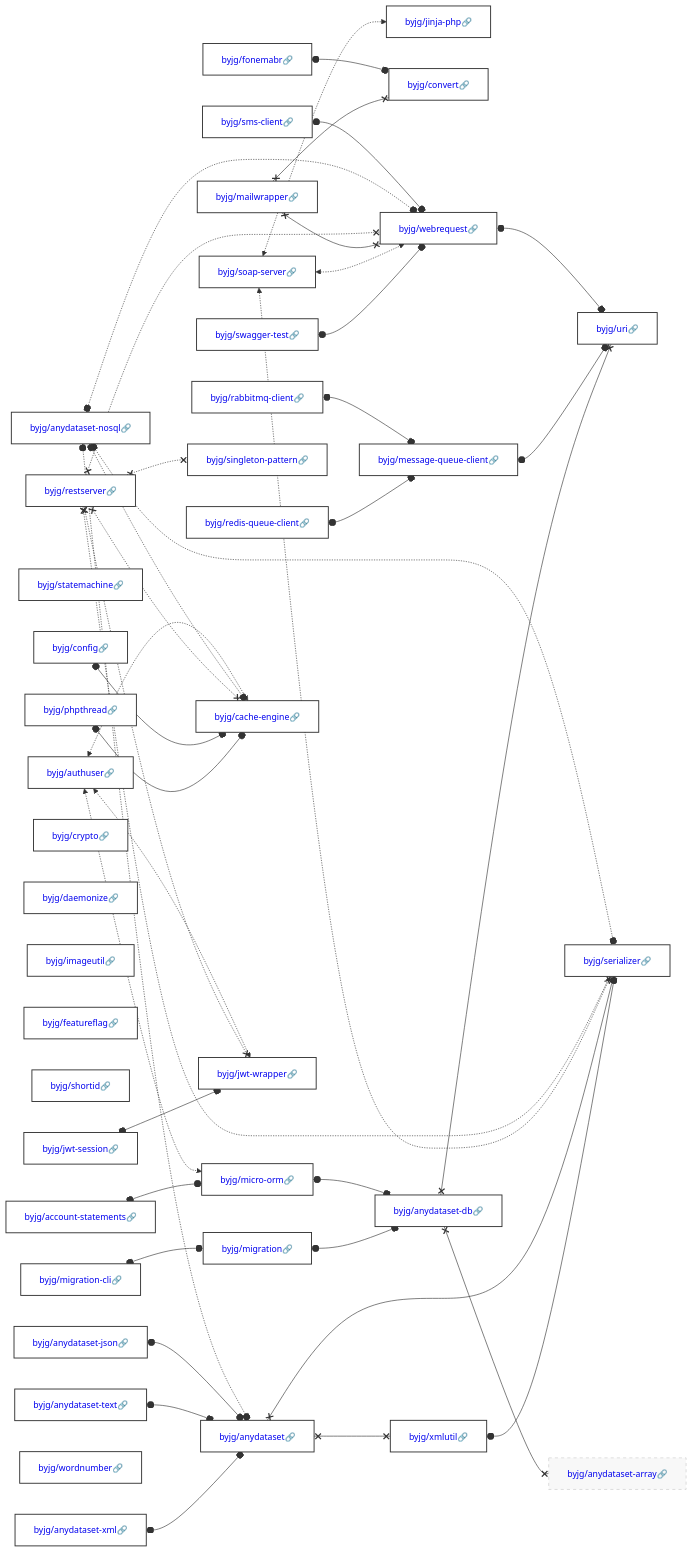
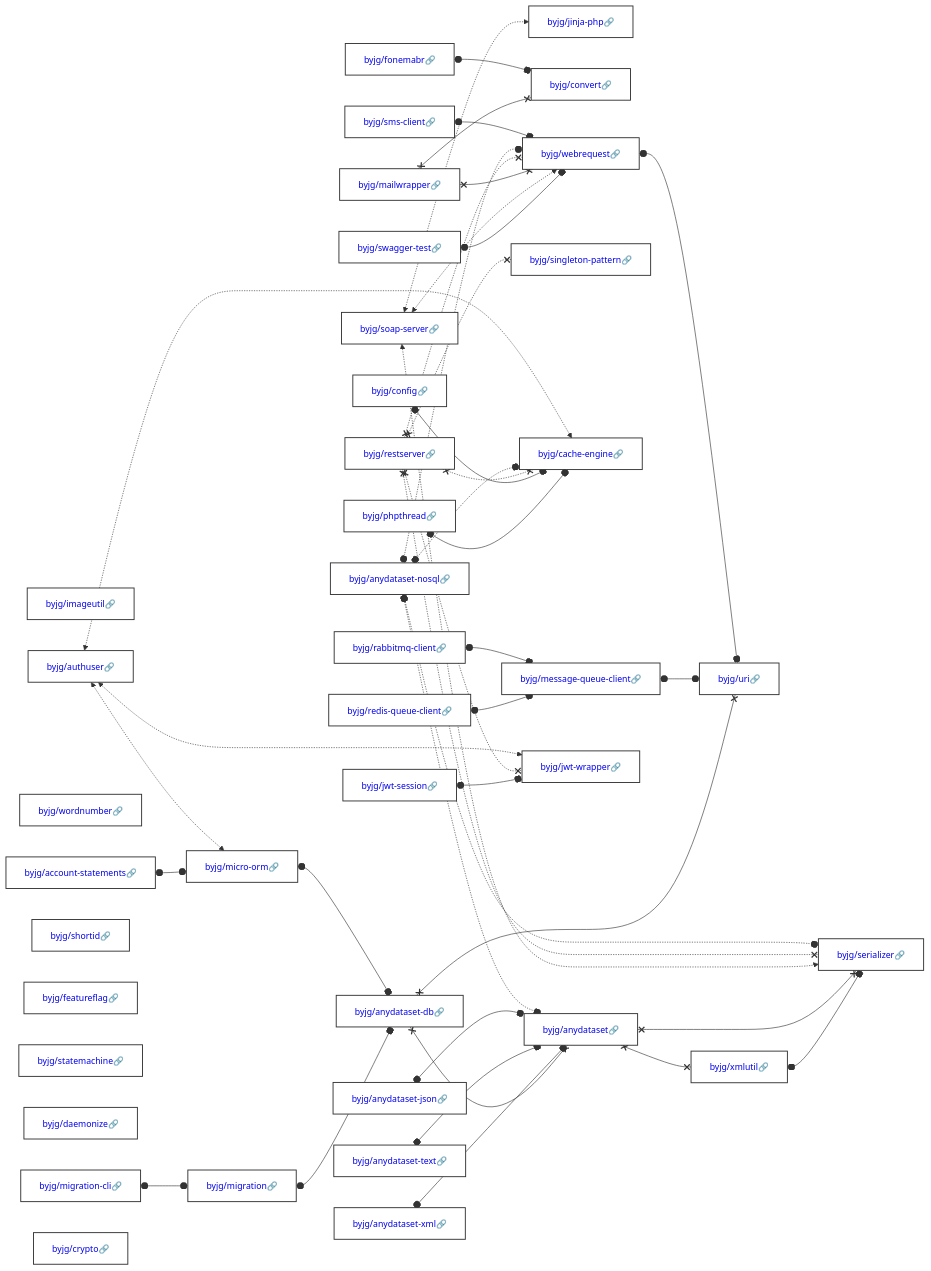
One commit to byjg/byjg.github.io changed the diagram in docs/php/README.md. Above: the diagram before and after it, drawn with Mermaid. The commit also changed 23 other files, not shown here.

Commit message:
Update documentation 'php' 'php-anydataset-db'

````diff
--- a/docs/php/README.md
+++ b/docs/php/README.md
@@ -3,51 +3,50 @@
 ```mermaid
 graph LR;
+  byjg/imageutil[<a href='https://opensource.byjg.com/docs/php/imageutil' style='text-decoration:none'>byjg/imageutil🔗</a>];
+  byjg/account-statements[<a href='https://opensource.byjg.com/docs/php/account-statements' style='text-decoration:none'>byjg/account-statements🔗</a>];
+  byjg/wordnumber[<a href='https://opensource.byjg.com/docs/php/wordnumber' style='text-decoration:none'>byjg/wordnumber🔗</a>];
+  byjg/soap-server[<a href='https://opensource.byjg.com/docs/php/soap-server' style='text-decoration:none'>byjg/soap-server🔗</a>];
+  byjg/jwt-session[<a href='https://opensource.byjg.com/docs/php/jwt-session' style='text-decoration:none'>byjg/jwt-session🔗</a>];
+  byjg/anydataset-text[<a href='https://opensource.byjg.com/docs/php/anydataset-text' style='text-decoration:none'>byjg/anydataset-text🔗</a>];
+  byjg/config[<a href='https://opensource.byjg.com/docs/php/config' style='text-decoration:none'>byjg/config🔗</a>];
+  byjg/fonemabr[<a href='https://opensource.byjg.com/docs/php/fonemabr' style='text-decoration:none'>byjg/fonemabr🔗</a>];
+  byjg/migration-cli[<a href='https://opensource.byjg.com/docs/php/migration-cli' style='text-decoration:none'>byjg/migration-cli🔗</a>];
+  byjg/redis-queue-client[<a href='https://opensource.byjg.com/docs/php/redis-queue-client' style='text-decoration:none'>byjg/redis-queue-client🔗</a>];
+  byjg/shortid[<a href='https://opensource.byjg.com/docs/php/shortid' style='text-decoration:none'>byjg/shortid🔗</a>];
+  byjg/featureflag[<a href='https://opensource.byjg.com/docs/php/featureflag' style='text-decoration:none'>byjg/featureflag🔗</a>];
+  byjg/statemachine[<a href='https://opensource.byjg.com/docs/php/statemachine' style='text-decoration:none'>byjg/statemachine🔗</a>];
+  byjg/mailwrapper[<a href='https://opensource.byjg.com/docs/php/mailwrapper' style='text-decoration:none'>byjg/mailwrapper🔗</a>];
   byjg/swagger-test[<a href='https://opensource.byjg.com/docs/php/swagger-test' style='text-decoration:none'>byjg/swagger-test🔗</a>];
-  byjg/sms-client[<a href='https://opensource.byjg.com/docs/php/sms-client' style='text-decoration:none'>byjg/sms-client🔗</a>];
-  byjg/anydataset-json[<a href='https://opensource.byjg.com/docs/php/anydataset-json' style='text-decoration:none'>byjg/anydataset-json🔗</a>];
-  byjg/anydataset-text[<a href='https://opensource.byjg.com/docs/php/anydataset-text' style='text-decoration:none'>byjg/anydataset-text🔗</a>];
-  byjg/statemachine[<a href='https://opensource.byjg.com/docs/php/statemachine' style='text-decoration:none'>byjg/statemachine🔗</a>];
-  byjg/account-statements[<a href='https://opensource.byjg.com/docs/php/account-statements' style='text-decoration:none'>byjg/account-statements🔗</a>];
+  byjg/daemonize[<a href='https://opensource.byjg.com/docs/php/daemonize' style='text-decoration:none'>byjg/daemonize🔗</a>];
+  byjg/authuser[<a href='https://opensource.byjg.com/docs/php/authuser' style='text-decoration:none'>byjg/authuser🔗</a>];
   byjg/phpthread[<a href='https://opensource.byjg.com/docs/php/phpthread' style='text-decoration:none'>byjg/phpthread🔗</a>];
   byjg/rabbitmq-client[<a href='https://opensource.byjg.com/docs/php/rabbitmq-client' style='text-decoration:none'>byjg/rabbitmq-client🔗</a>];
+  byjg/sms-client[<a href='https://opensource.byjg.com/docs/php/sms-client' style='text-decoration:none'>byjg/sms-client🔗</a>];
   byjg/anydataset-xml[<a href='https://opensource.byjg.com/docs/php/anydataset-xml' style='text-decoration:none'>byjg/anydataset-xml🔗</a>];
+  byjg/anydataset-json[<a href='https://opensource.byjg.com/docs/php/anydataset-json' style='text-decoration:none'>byjg/anydataset-json🔗</a>];
+  byjg/anydataset-nosql[<a href='https://opensource.byjg.com/docs/php/anydataset-nosql' style='text-decoration:none'>byjg/anydataset-nosql🔗</a>];
   byjg/crypto[<a href='https://opensource.byjg.com/docs/php/crypto' style='text-decoration:none'>byjg/crypto🔗</a>];
-  byjg/mailwrapper[<a href='https://opensource.byjg.com/docs/php/mailwrapper' style='text-decoration:none'>byjg/mailwrapper🔗</a>];
-  byjg/daemonize[<a href='https://opensource.byjg.com/docs/php/daemonize' style='text-decoration:none'>byjg/daemonize🔗</a>];
-  byjg/imageutil[<a href='https://opensource.byjg.com/docs/php/imageutil' style='text-decoration:none'>byjg/imageutil🔗</a>];
-  byjg/featureflag[<a href='https://opensource.byjg.com/docs/php/featureflag' style='text-decoration:none'>byjg/featureflag🔗</a>];
-  byjg/soap-server[<a href='https://opensource.byjg.com/docs/php/soap-server' style='text-decoration:none'>byjg/soap-server🔗</a>];
-  byjg/shortid[<a href='https://opensource.byjg.com/docs/php/shortid' style='text-decoration:none'>byjg/shortid🔗</a>];
-  byjg/jwt-session[<a href='https://opensource.byjg.com/docs/php/jwt-session' style='text-decoration:none'>byjg/jwt-session🔗</a>];
-  byjg/migration-cli[<a href='https://opensource.byjg.com/docs/php/migration-cli' style='text-decoration:none'>byjg/migration-cli🔗</a>];
-  byjg/fonemabr[<a href='https://opensource.byjg.com/docs/php/fonemabr' style='text-decoration:none'>byjg/fonemabr🔗</a>];
   byjg/restserver[<a href='https://opensource.byjg.com/docs/php/restserver' style='text-decoration:none'>byjg/restserver🔗</a>];
-  byjg/anydataset-nosql[<a href='https://opensource.byjg.com/docs/php/anydataset-nosql' style='text-decoration:none'>byjg/anydataset-nosql🔗</a>];
-  byjg/config[<a href='https://opensource.byjg.com/docs/php/config' style='text-decoration:none'>byjg/config🔗</a>];
-  byjg/wordnumber[<a href='https://opensource.byjg.com/docs/php/wordnumber' style='text-decoration:none'>byjg/wordnumber🔗</a>];
-  byjg/redis-queue-client[<a href='https://opensource.byjg.com/docs/php/redis-queue-client' style='text-decoration:none'>byjg/redis-queue-client🔗</a>];
-  byjg/authuser[<a href='https://opensource.byjg.com/docs/php/authuser' style='text-decoration:none'>byjg/authuser🔗</a>];
   byjg/jinja-php[<a href='https://opensource.byjg.com/docs/php/jinja-php' style='text-decoration:none'>byjg/jinja-php🔗</a>];
   byjg/migration[<a href='https://opensource.byjg.com/docs/php/migration' style='text-decoration:none'>byjg/migration🔗</a>];
   byjg/convert[<a href='https://opensource.byjg.com/docs/php/convert' style='text-decoration:none'>byjg/convert🔗</a>];
+  byjg/micro-orm[<a href='https://opensource.byjg.com/docs/php/micro-orm' style='text-decoration:none'>byjg/micro-orm🔗</a>];
+  byjg/message-queue-client[<a href='https://opensource.byjg.com/docs/php/message-queue-client' style='text-decoration:none'>byjg/message-queue-client🔗</a>];
   byjg/singleton-pattern[<a href='https://opensource.byjg.com/docs/php/singleton-pattern' style='text-decoration:none'>byjg/singleton-pattern🔗</a>];
+  byjg/cache-engine[<a href='https://opensource.byjg.com/docs/php/cache-engine' style='text-decoration:none'>byjg/cache-engine🔗</a>];
+  byjg/webrequest[<a href='https://opensource.byjg.com/docs/php/webrequest' style='text-decoration:none'>byjg/webrequest🔗</a>];
+  byjg/jwt-wrapper[<a href='https://opensource.byjg.com/docs/php/jwt-wrapper' style='text-decoration:none'>byjg/jwt-wrapper🔗</a>];
+  byjg/anydataset-db[<a href='https://opensource.byjg.com/docs/php/anydataset-db' style='text-decoration:none'>byjg/anydataset-db🔗</a>];
   byjg/anydataset[<a href='https://opensource.byjg.com/docs/php/anydataset' style='text-decoration:none'>byjg/anydataset🔗</a>];
-  byjg/webrequest[<a href='https://opensource.byjg.com/docs/php/webrequest' style='text-decoration:none'>byjg/webrequest🔗</a>];
-  byjg/message-queue-client[<a href='https://opensource.byjg.com/docs/php/message-queue-client' style='text-decoration:none'>byjg/message-queue-client🔗</a>];
-  byjg/micro-orm[<a href='https://opensource.byjg.com/docs/php/micro-orm' style='text-decoration:none'>byjg/micro-orm🔗</a>];
-  byjg/cache-engine[<a href='https://opensource.byjg.com/docs/php/cache-engine' style='text-decoration:none'>byjg/cache-engine🔗</a>];
-  byjg/jwt-wrapper[<a href='https://opensource.byjg.com/docs/php/jwt-wrapper' style='text-decoration:none'>byjg/jwt-wrapper🔗</a>];
+  byjg/uri[<a href='https://opensource.byjg.com/docs/php/uri' style='text-decoration:none'>byjg/uri🔗</a>];
   byjg/xmlutil[<a href='https://opensource.byjg.com/docs/php/xmlutil' style='text-decoration:none'>byjg/xmlutil🔗</a>];
-  byjg/anydataset-db[<a href='https://opensource.byjg.com/docs/php/anydataset-db' style='text-decoration:none'>byjg/anydataset-db🔗</a>];
   byjg/serializer[<a href='https://opensource.byjg.com/docs/php/serializer' style='text-decoration:none'>byjg/serializer🔗</a>];
-  byjg/anydataset-array[<a href='https://opensource.byjg.com/docs/php/anydataset-array' style='text-decoration:none'>byjg/anydataset-array🔗</a>];
-  byjg/uri[<a href='https://opensource.byjg.com/docs/php/uri' style='text-decoration:none'>byjg/uri🔗</a>];
   byjg/xmlutil o--o byjg/serializer;
   byjg/anydataset x--x byjg/serializer;
   byjg/anydataset x--x byjg/xmlutil;
   byjg/migration o--o byjg/anydataset-db;
   byjg/swagger-test o--o byjg/webrequest;
-  byjg/anydataset-db x--x byjg/anydataset-array;
+  byjg/anydataset-db x--x byjg/anydataset;
   byjg/anydataset-db x--x byjg/uri;
   byjg/message-queue-client o--o byjg/uri;
   byjg/soap-server <-.-> byjg/jinja-php;
````
